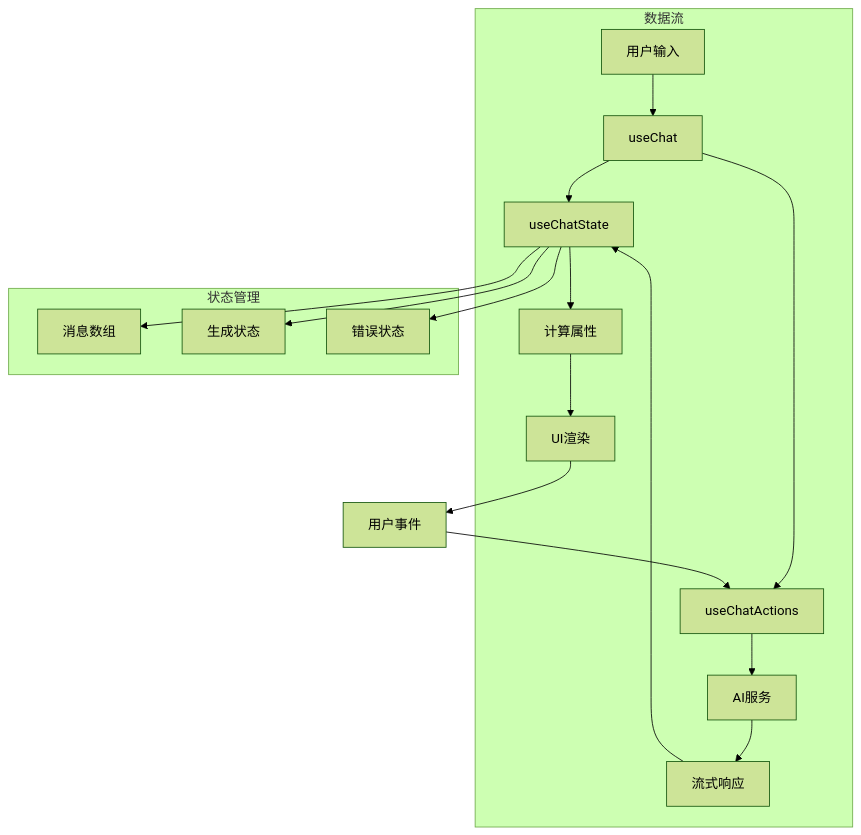
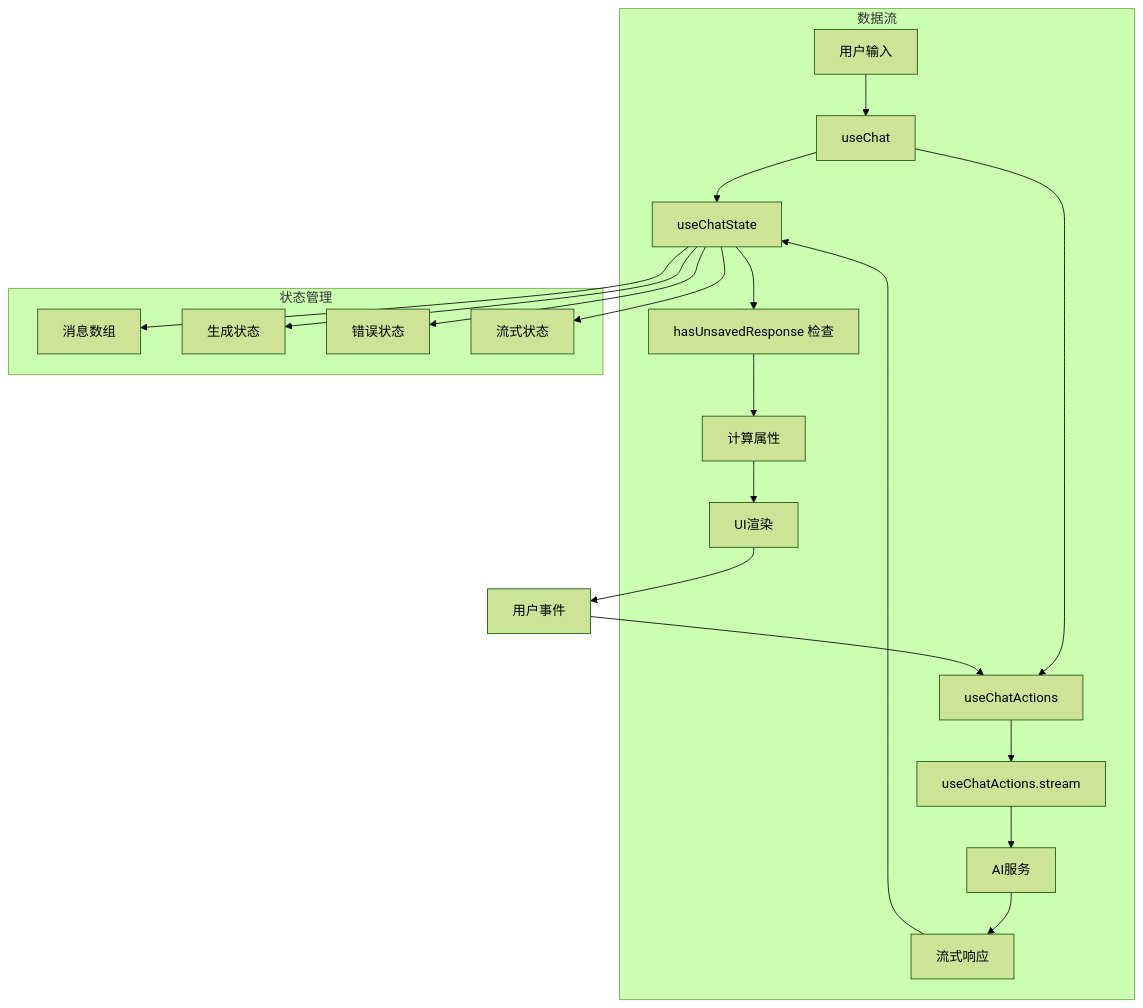
The third of 12 diagrams in .qoder/repowiki/zh/content/前端开发/AI 聊天样式系统.md (xixixiaoyu/Todo), drawn with Mermaid (forest theme) before and after one commit. The commit also changed other lines of this file and 8 other files, not shown here.

````diff
--- a/.qoder/repowiki/zh/content/前端开发/AI 聊天样式系统.md
+++ b/.qoder/repowiki/zh/content/前端开发/AI 聊天样式系统.md
@@ -172,20 +188,23 @@
 ```mermaid
 flowchart TD
 subgraph "数据流"
 Input[用户输入] --> Composable[useChat]
 Composable --> State[useChatState]
 Composable --> Actions[useChatActions]
-Actions --> AI[AI服务]
+Actions --> StreamHandler[useChatActions.stream]
+StreamHandler --> AI[AI服务]
 AI --> Stream[流式响应]
 Stream --> State
-State --> Computed[计算属性]
+State --> HasUnsaved[hasUnsavedResponse 检查]
+HasUnsaved --> Computed[计算属性]
 Computed --> UI[UI渲染]
 end
 subgraph "状态管理"
 State --> Messages[消息数组]
 State --> Generating[生成状态]
 State --> Error[错误状态]
+State --> StreamingState[流式状态]
 end
 UI --> Events[用户事件]
 Events --> Actions
 ```
````
